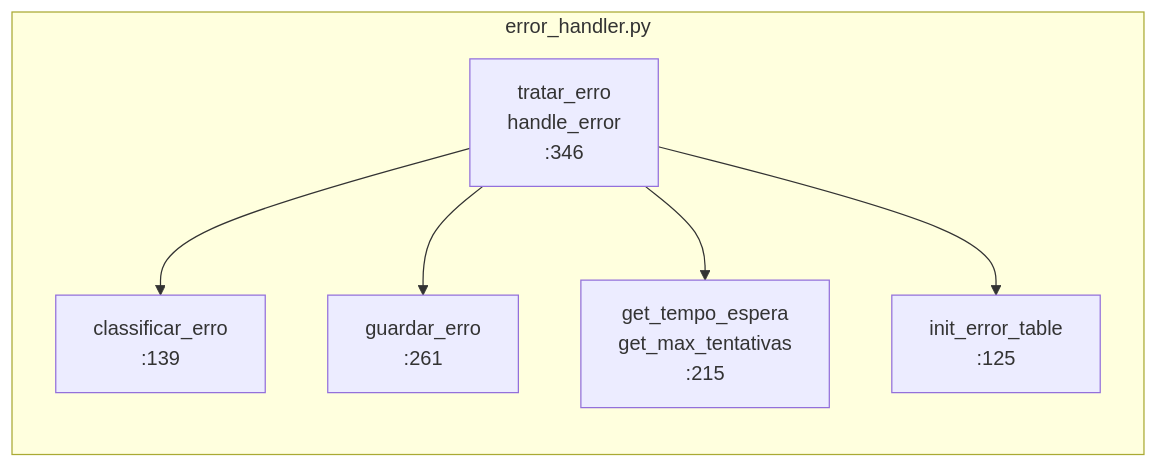
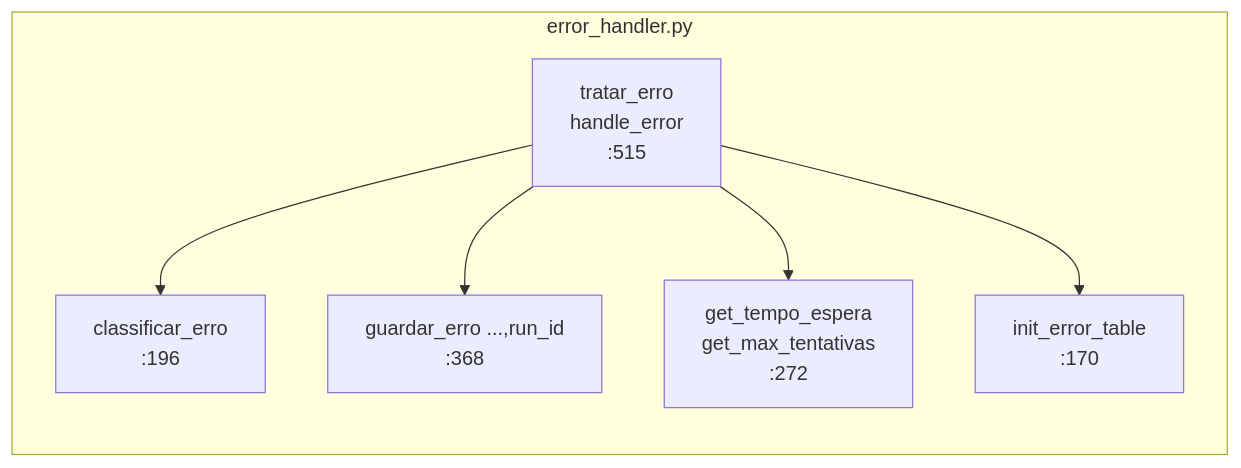
Before and after one commit to nunoetome/nif-pt: the fifth of 6 diagrams in docs/architecture/architecture.md, drawn with Mermaid. The commit also changed other lines of this file and 28 other files, not shown here.

````diff
--- a/docs/architecture/architecture.md
+++ b/docs/architecture/architecture.md
@@ -83,11 +120,11 @@
 ```mermaid
 graph LR
     subgraph error_handler.py
-        CE[classificar_erro<br/>:139]
-        GE[guardar_erro<br/>:261]
-        IE[init_error_table<br/>:125]
-        GT[get_tempo_espera<br/>get_max_tentativas<br/>:215]
-        TE[tratar_erro<br/>handle_error<br/>:346]
+        CE[classificar_erro<br/>:196]
+        GE[guardar_erro ...,run_id<br/>:368]
+        IE[init_error_table<br/>:170]
+        GT[get_tempo_espera<br/>get_max_tentativas<br/>:272]
+        TE[tratar_erro<br/>handle_error<br/>:515]
     end
     TE --> CE & GE & GT & IE
 ```
````
